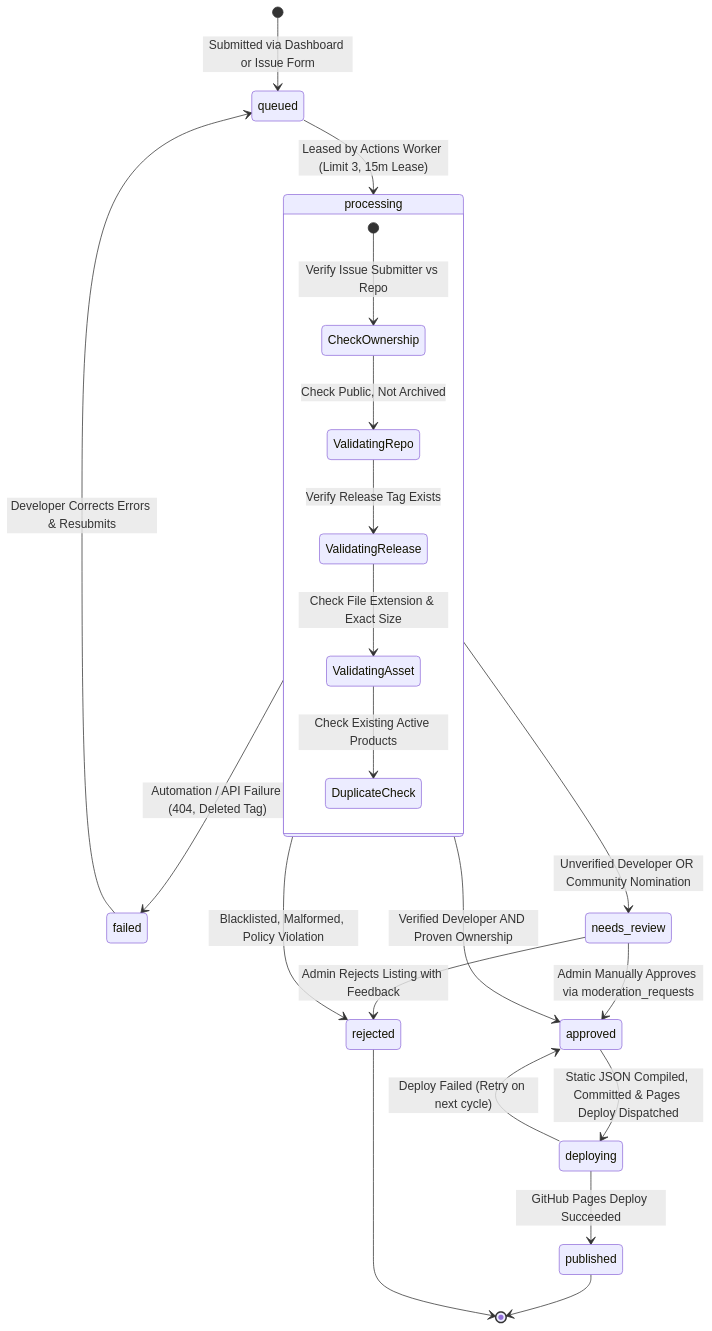
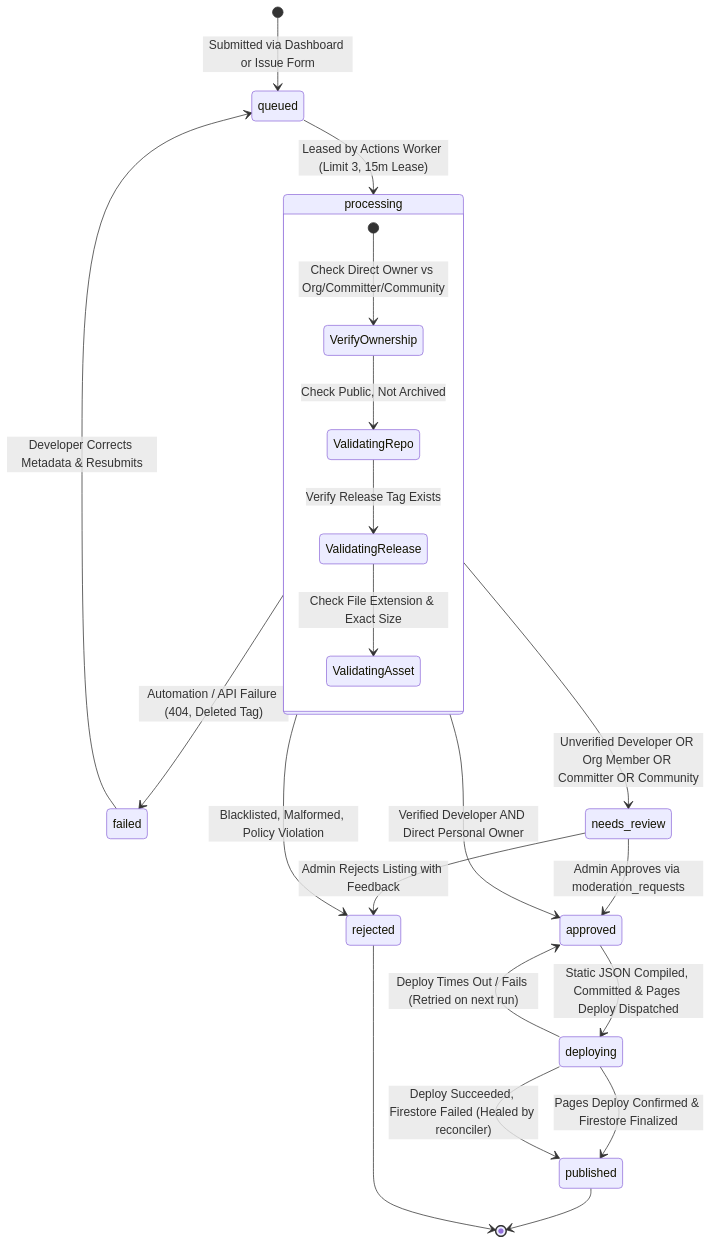
The first of 2 diagrams in docs/SUBMISSION_PIPELINE.md (Rohitpvt/GitStore), drawn with Mermaid before and after one commit. The commit also changed other lines of this file and 13 other files, not shown here.

First line of the commit message:
docs(phase-0.1.1): resolve critical architectural corrections

````diff
--- a/docs/SUBMISSION_PIPELINE.md
+++ b/docs/SUBMISSION_PIPELINE.md
@@ -26,29 +25,29 @@
 ```mermaid
 stateDiagram-v2
     [*] --> queued: Submitted via Dashboard or Issue Form
     queued --> processing: Leased by Actions Worker (Limit 3, 15m Lease)
     
     state processing {
-        [*] --> CheckOwnership: Verify Issue Submitter vs Repo
-        CheckOwnership --> ValidatingRepo: Check Public, Not Archived
+        [*] --> VerifyOwnership: Check Direct Owner vs Org/Committer/Community
+        VerifyOwnership --> ValidatingRepo: Check Public, Not Archived
         ValidatingRepo --> ValidatingRelease: Verify Release Tag Exists
         ValidatingRelease --> ValidatingAsset: Check File Extension & Exact Size
-        ValidatingAsset --> DuplicateCheck: Check Existing Active Products
     }
 
     processing --> failed: Automation / API Failure (404, Deleted Tag)
     processing --> rejected: Blacklisted, Malformed, Policy Violation
     
-    processing --> needs_review: Unverified Developer OR Community Nomination
-    processing --> approved: Verified Developer AND Proven Ownership
+    processing --> needs_review: Unverified Developer OR Org Member OR Committer OR Community
+    processing --> approved: Verified Developer AND Direct Personal Owner
     
-    needs_review --> approved: Admin Manually Approves via moderation_requests
+    needs_review --> approved: Admin Approves via moderation_requests
     needs_review --> rejected: Admin Rejects Listing with Feedback
     
     approved --> deploying: Static JSON Compiled, Committed & Pages Deploy Dispatched
-    deploying --> published: GitHub Pages Deploy Succeeded
-    deploying --> approved: Deploy Failed (Retry on next cycle)
+    deploying --> published: Pages Deploy Confirmed & Firestore Finalized
+    deploying --> approved: Deploy Times Out / Fails (Retried on next run)
+    deploying --> published: Deploy Succeeded, Firestore Failed (Healed by reconciler)
     published --> [*]
-    failed --> queued: Developer Corrects Errors & Resubmits
+    failed --> queued: Developer Corrects Metadata & Resubmits
     rejected --> [*]
 ```
````
